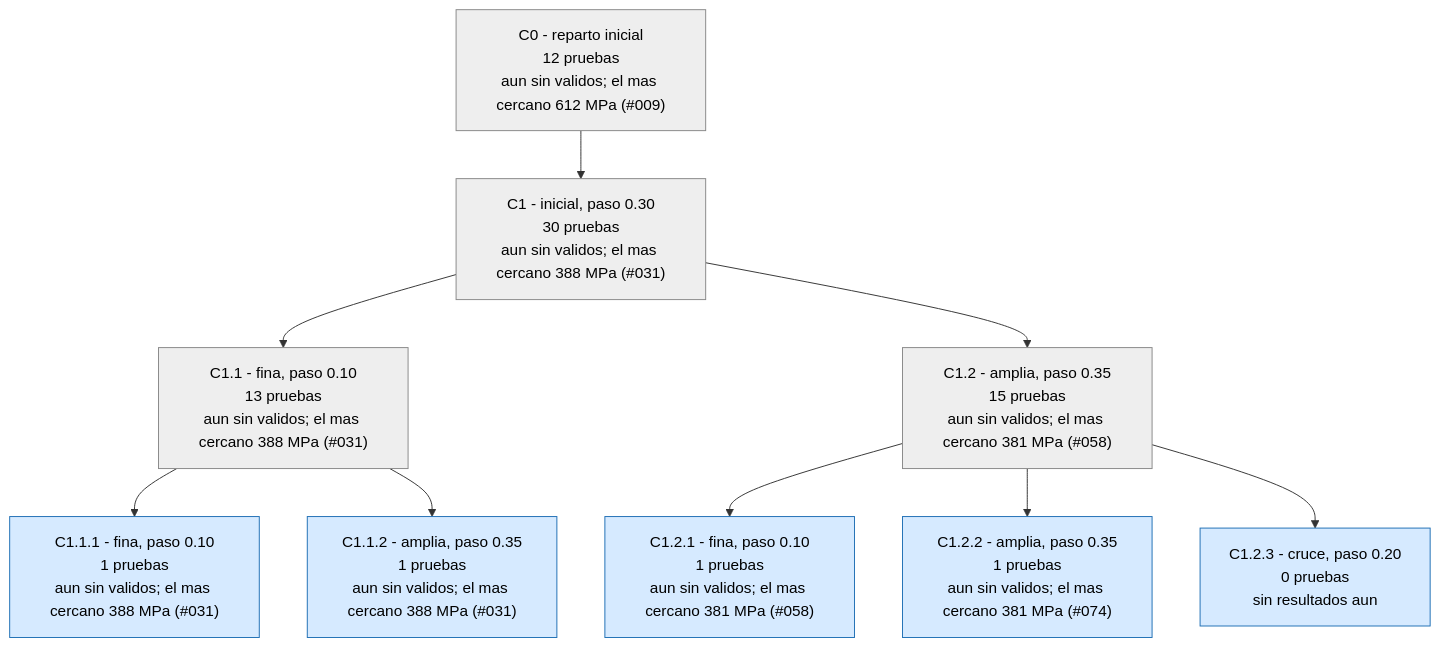
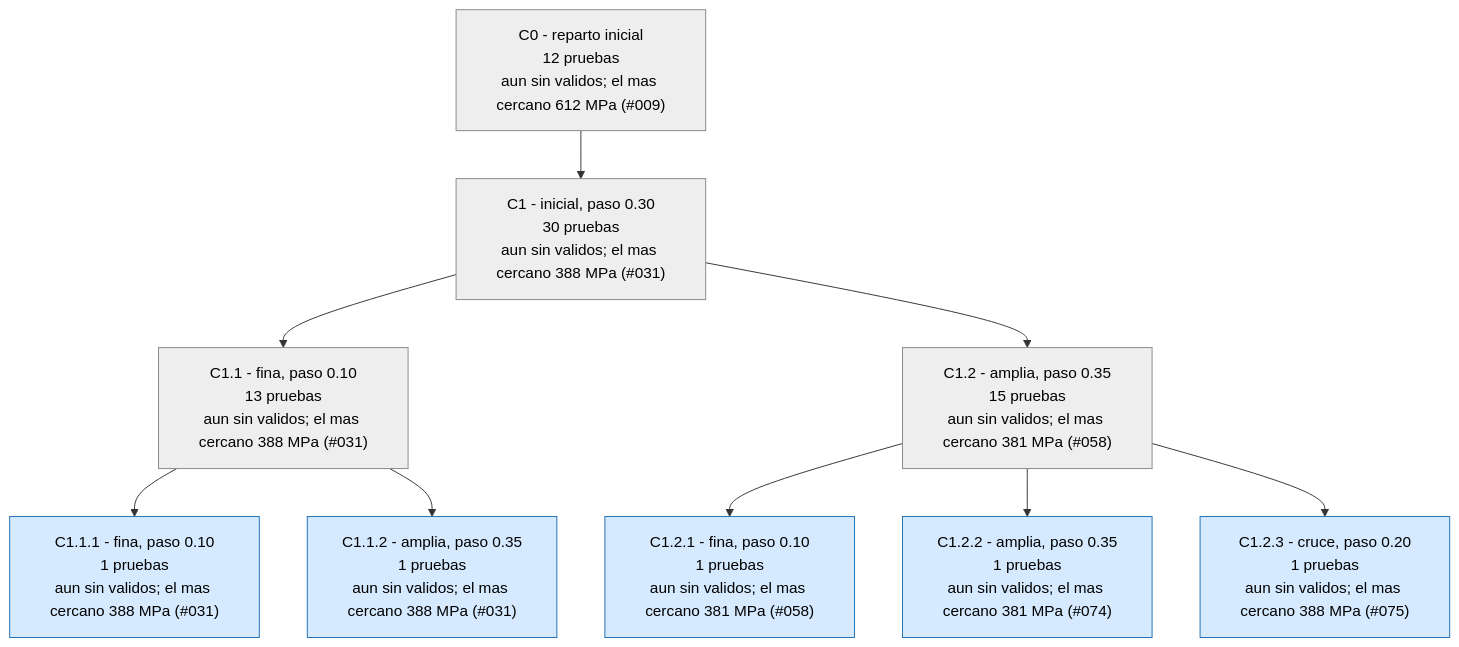
Before and after one commit to Hugiko/msd-soporte-optimizacion: the third of 4 diagrams in runs/opt_37800N/ARBOL.md, drawn with Mermaid. The commit also changed 16 other files, not shown here.

````diff
--- a/runs/opt_37800N/ARBOL.md
+++ b/runs/opt_37800N/ARBOL.md
@@ -75,23 +75,23 @@
 ```mermaid
 graph TD
 classDef activa fill:#d6eaff,stroke:#1f6fb5,color:#000
 classDef fin fill:#eeeeee,stroke:#888,color:#000
 classDef mejor fill:#c8f0c0,stroke:#1a9850,stroke-width:4px,color:#000
 C0["C0 - reparto inicial<br/>12 pruebas<br/>aun sin validos; el mas cercano 612 MPa (#009)"]:::fin
 C1["C1 - inicial, paso 0.30<br/>30 pruebas<br/>aun sin validos; el mas cercano 388 MPa (#031)"]:::fin
 C0 --> C1
 C1_1["C1.1 - fina, paso 0.10<br/>13 pruebas<br/>aun sin validos; el mas cercano 388 MPa (#031)"]:::fin
 C1 --> C1_1
 C1_2["C1.2 - amplia, paso 0.35<br/>15 pruebas<br/>aun sin validos; el mas cercano 381 MPa (#058)"]:::fin
 C1 --> C1_2
 C1_1_1["C1.1.1 - fina, paso 0.10<br/>1 pruebas<br/>aun sin validos; el mas cercano 388 MPa (#031)"]:::activa
 C1_1 --> C1_1_1
 C1_1_2["C1.1.2 - amplia, paso 0.35<br/>1 pruebas<br/>aun sin validos; el mas cercano 388 MPa (#031)"]:::activa
 C1_1 --> C1_1_2
 C1_2_1["C1.2.1 - fina, paso 0.10<br/>1 pruebas<br/>aun sin validos; el mas cercano 381 MPa (#058)"]:::activa
 C1_2 --> C1_2_1
 C1_2_2["C1.2.2 - amplia, paso 0.35<br/>1 pruebas<br/>aun sin validos; el mas cercano 381 MPa (#074)"]:::activa
 C1_2 --> C1_2_2
-C1_2_3["C1.2.3 - cruce, paso 0.20<br/>0 pruebas<br/>sin resultados aun"]:::activa
+C1_2_3["C1.2.3 - cruce, paso 0.20<br/>1 pruebas<br/>aun sin validos; el mas cercano 388 MPa (#075)"]:::activa
 C1_2 --> C1_2_3
 ```
````
